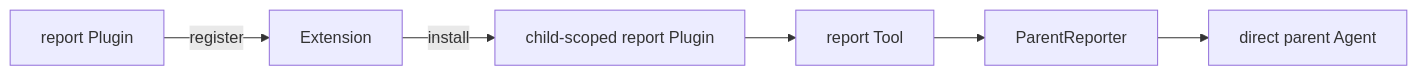
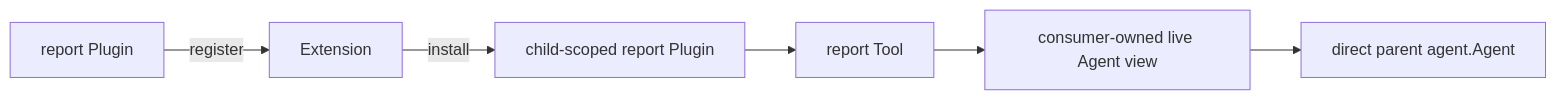
Before and after one commit to gorenx/goren: the diagram in subagent/tools/report/README.zh-CN.md, drawn with Mermaid. The commit also changed other lines of this file and 11 other files, not shown here.

````diff
--- a/subagent/tools/report/README.zh-CN.md
+++ b/subagent/tools/report/README.zh-CN.md
@@ -5,8 +5,8 @@
 ```mermaid
 flowchart LR
     Host[report Plugin] -->|register| Extension
     Extension -->|install| Child[child-scoped report Plugin]
     Child --> Tool[report Tool]
-    Tool --> Reporter[ParentReporter]
-    Reporter --> Parent[direct parent Agent]
+    Tool --> Registry[consumer-owned live Agent view]
+    Registry --> Parent[direct parent agent.Agent]
 ```
````
